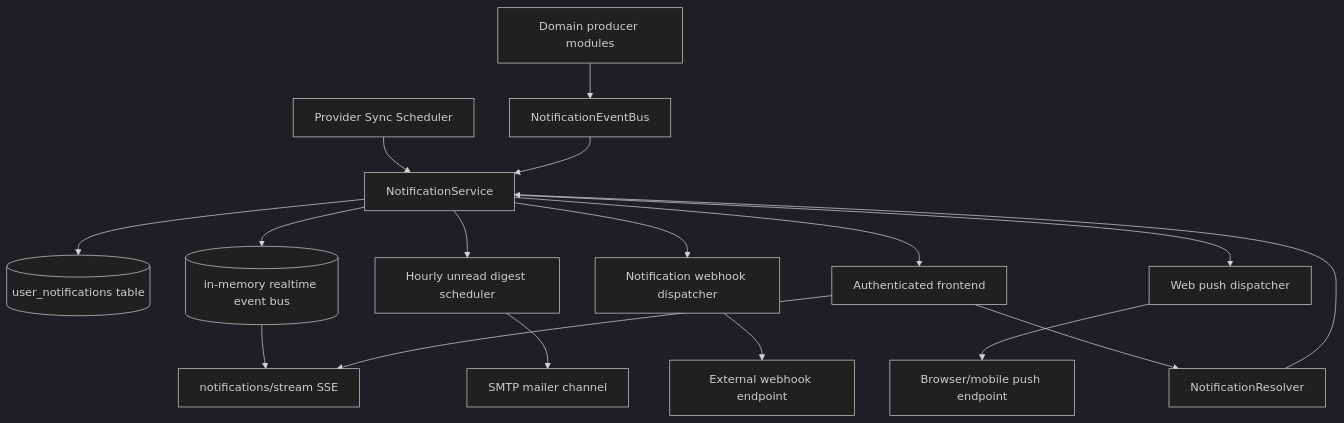
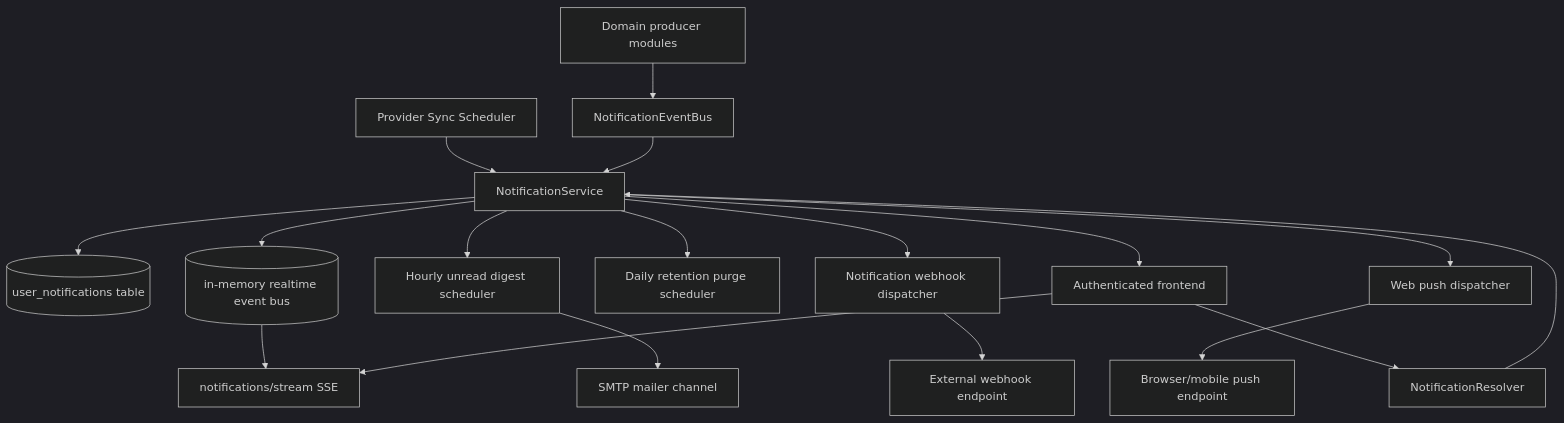
Before and after one commit to AmanVatsSharma/MailZen-Smart-Email-Management: the diagram in apps/backend/src/notification/README.md, drawn with Mermaid (dark theme). The commit also changed other lines of this file and 13 other files, not shown here.

Commit message:
Add notification data export and retention compliance controls

````diff
--- a/apps/backend/src/notification/README.md
+++ b/apps/backend/src/notification/README.md
@@ -155,19 +172,20 @@
 ```mermaid
 flowchart TD
   Scheduler[Provider Sync Scheduler] --> NotificationService
   Producer[Domain producer modules] --> NotificationEventBus
   NotificationEventBus --> NotificationService
   NotificationService --> Repo[(user_notifications table)]
   NotificationService --> RealtimeBus[(in-memory realtime event bus)]
   NotificationService --> DigestScheduler[Hourly unread digest scheduler]
+  NotificationService --> RetentionScheduler[Daily retention purge scheduler]
   NotificationService --> WebhookService[Notification webhook dispatcher]
   NotificationService --> PushService[Web push dispatcher]
   DigestScheduler --> Mailer[SMTP mailer channel]
   WebhookService --> WebhookTarget[External webhook endpoint]
   PushService --> PushTarget[Browser/mobile push endpoint]
   RealtimeBus --> NotificationStream[notifications/stream SSE]
   UserUI[Authenticated frontend] --> NotificationResolver
   UserUI --> NotificationStream
   NotificationResolver --> NotificationService
   NotificationService --> UserUI
 ```
````
